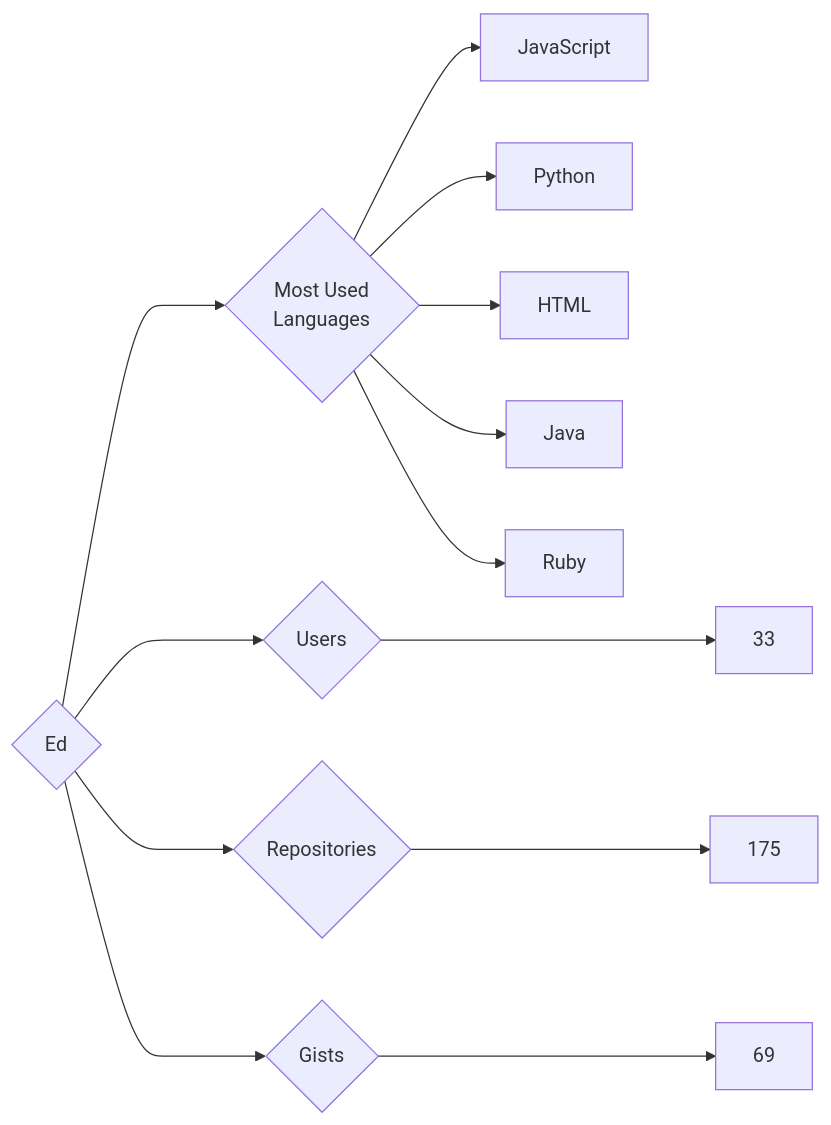
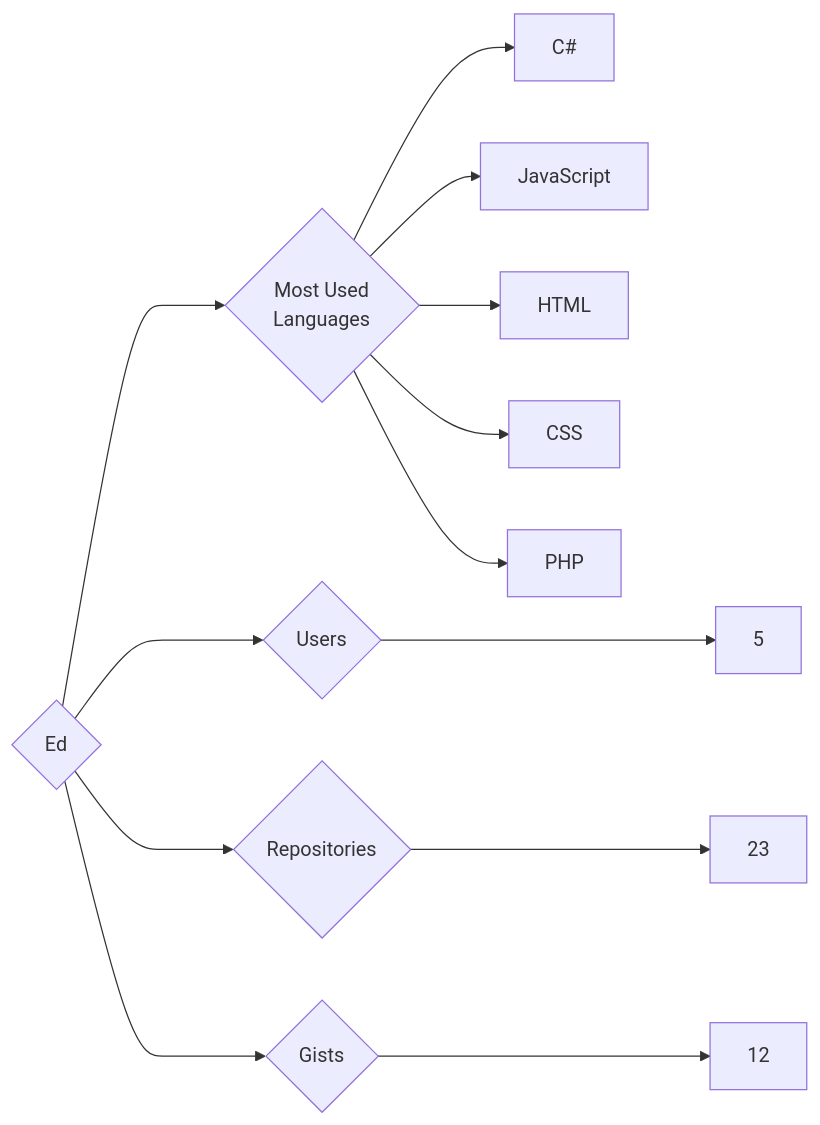
One commit to trickest/insiders changed the diagram in targets/Ed/README.md. Above: the diagram before and after it, drawn with Mermaid. The commit also changed 748 other files, not shown here.

````diff
--- a/targets/Ed/README.md
+++ b/targets/Ed/README.md
@@ -3,13 +3,13 @@
 ```mermaid
 graph LR
 COMPANY_NAME{Ed}
-COMPANY_NAME ---> U{Users} ---> UN[33]
-COMPANY_NAME ---> R{Repositories} ---> RN[175]
-COMPANY_NAME ---> G{Gists} ---> GN[69]
+COMPANY_NAME ---> U{Users} ---> UN[5]
+COMPANY_NAME ---> R{Repositories} ---> RN[23]
+COMPANY_NAME ---> G{Gists} ---> GN[12]
 COMPANY_NAME ---> ML{Most Used<br>Languages}
+ML --> C#[C#]
 ML --> JavaScript[JavaScript]
-ML --> Python[Python]
 ML --> HTML[HTML]
-ML --> Java[Java]
-ML --> Ruby[Ruby]
+ML --> CSS[CSS]
+ML --> PHP[PHP]
 ```
````
